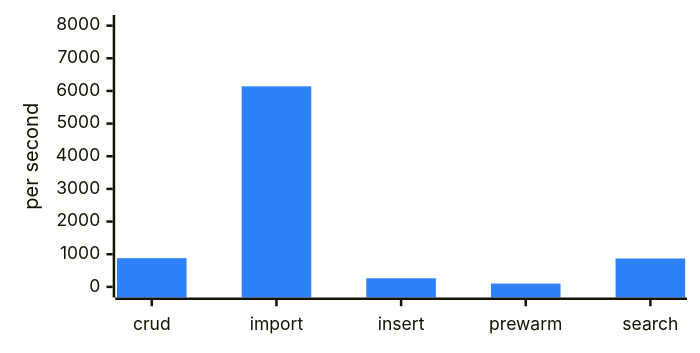
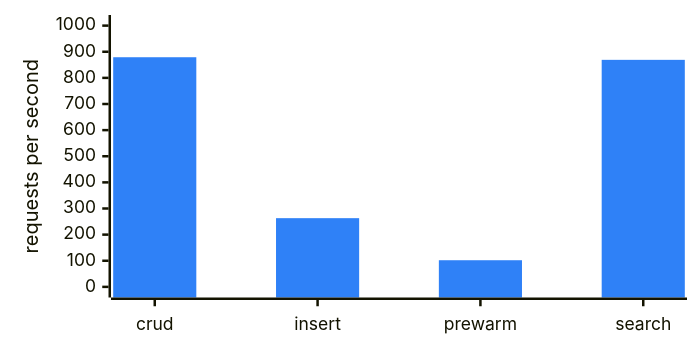
The second of 4 diagrams in .github/tmp-summary-test/stacked/leg-postgres-elasticsearch.md (HeliosSoftware/hfs), drawn with Mermaid before and after one commit. The commit also changed other lines of this file and 16 other files, not shown here.

Commit message:
ci: Bulk Import row, shorter labels, per-leg charts side by side

````diff
--- a/.github/tmp-summary-test/stacked/leg-postgres-elasticsearch.md
+++ b/.github/tmp-summary-test/stacked/leg-postgres-elasticsearch.md
@@ -153,7 +154,7 @@
 ```mermaid
 %%{init: {"xyChart": {"width": 540, "height": 260, "useMaxWidth": false}, "themeVariables": {"xyChart": {"plotColorPalette": "#2f81f7", "backgroundColor": "transparent"}}}}%%
 xychart-beta
-    x-axis ["crud", "import", "insert", "prewarm", "search"]
-    y-axis "per second" 0 --> 8000
-    bar [879, 6141, 263, 102, 869]
+    x-axis ["crud", "insert", "prewarm", "search"]
+    y-axis "requests per second" 0 --> 1000
+    bar [879, 263, 102, 869]
 ```
````
